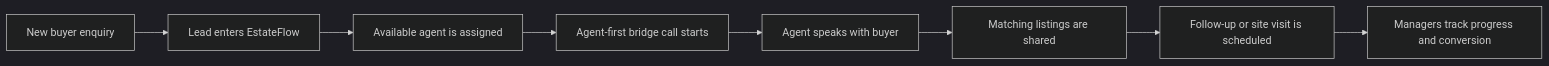
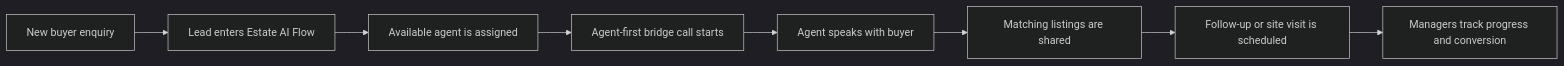
The diagram in README.md (ThaGeekiestOne/realestate-crm), drawn with Mermaid (dark theme) before and after one commit. The commit also changed other lines of this file and 16 other files, not shown here.

Commit message:
chore: rename app to estate ai flow

````diff
--- a/README.md
+++ b/README.md
@@ -26,10 +26,10 @@
 ```mermaid
 flowchart LR
-    A[New buyer enquiry] --> B[Lead enters EstateFlow]
+    A[New buyer enquiry] --> B[Lead enters Estate AI Flow]
     B --> C[Available agent is assigned]
     C --> D[Agent-first bridge call starts]
     D --> E[Agent speaks with buyer]
     E --> F[Matching listings are shared]
     F --> G[Follow-up or site visit is scheduled]
     G --> H[Managers track progress and conversion]
 ```
````
